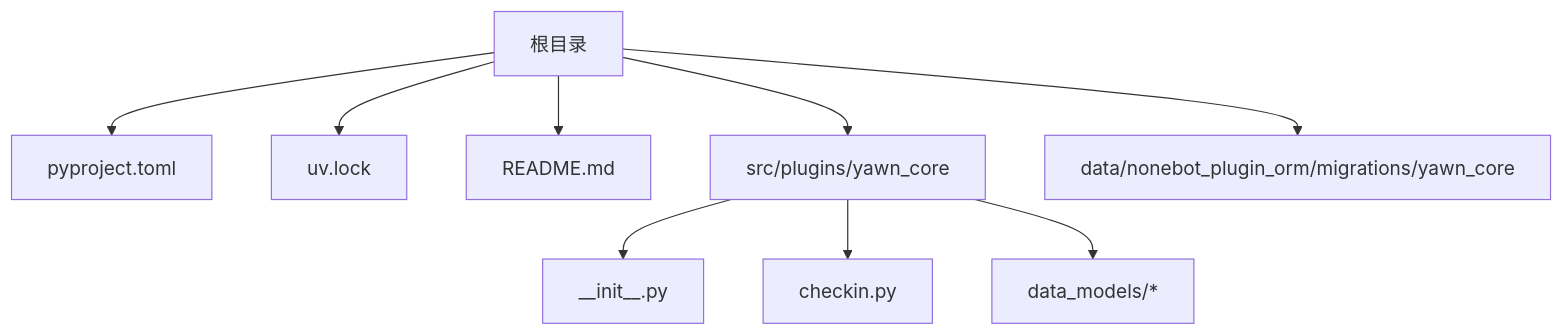
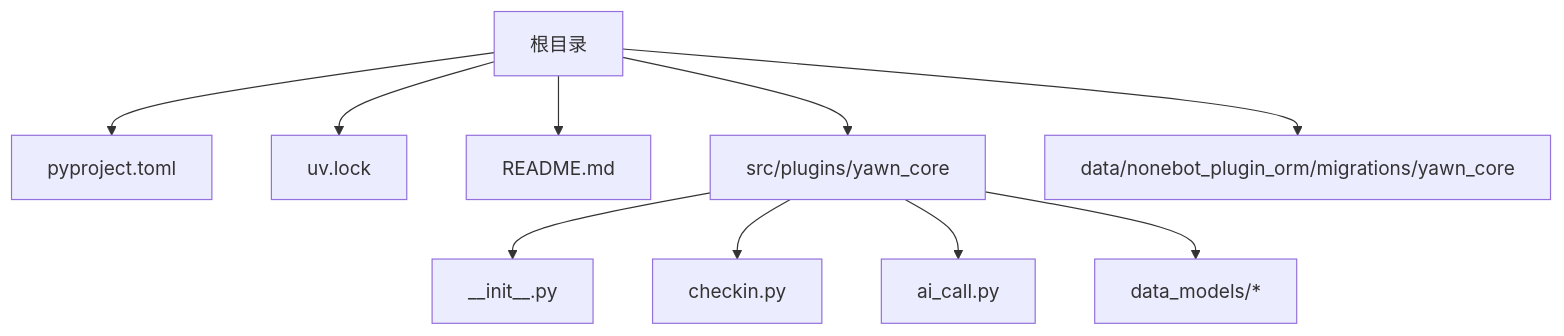
Before and after one commit to Wohaokunr/yawn_bot: the first of 4 diagrams in .qoder/repowiki/zh/content/配置与部署.md, drawn with Mermaid. The commit also changed other lines of this file and 13 other files, not shown here.

````diff
--- a/.qoder/repowiki/zh/content/配置与部署.md
+++ b/.qoder/repowiki/zh/content/配置与部署.md
@@ -40,11 +50,12 @@
 ```mermaid
 graph TB
 A["根目录"] --> B["pyproject.toml"]
 A --> C["uv.lock"]
 A --> D["README.md"]
 A --> E["src/plugins/yawn_core"]
 E --> E1["__init__.py"]
 E --> E2["checkin.py"]
-E --> E3["data_models/*"]
+E --> E3["ai_call.py"]
+E --> E4["data_models/*"]
 A --> F["data/nonebot_plugin_orm/migrations/yawn_core"]
 ```
````
